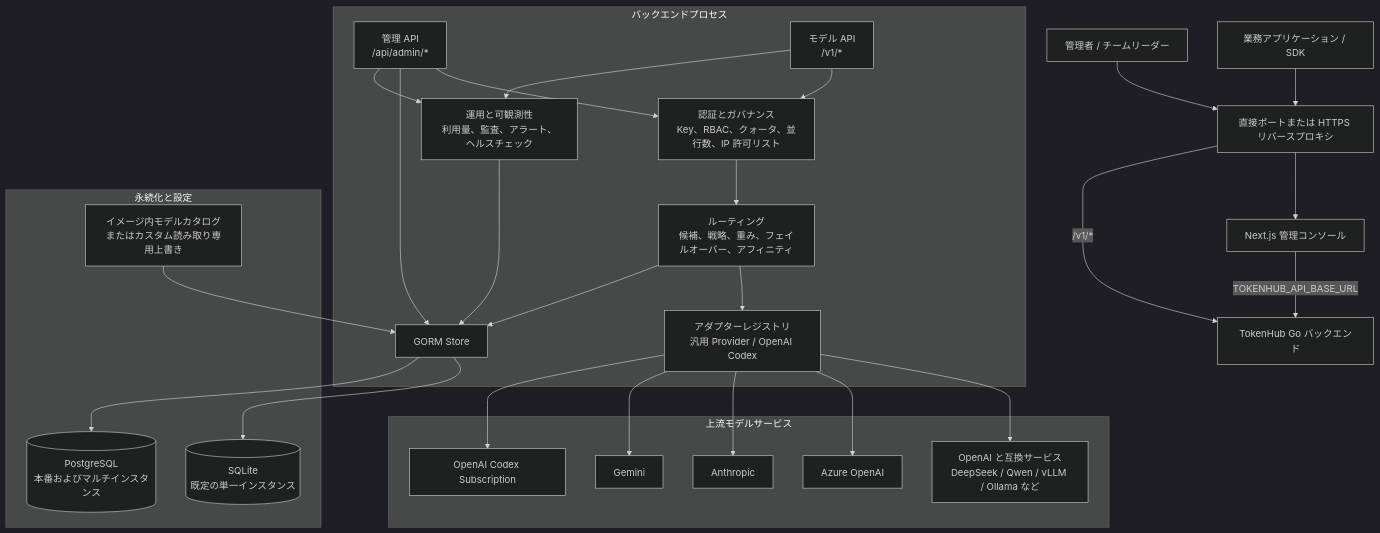
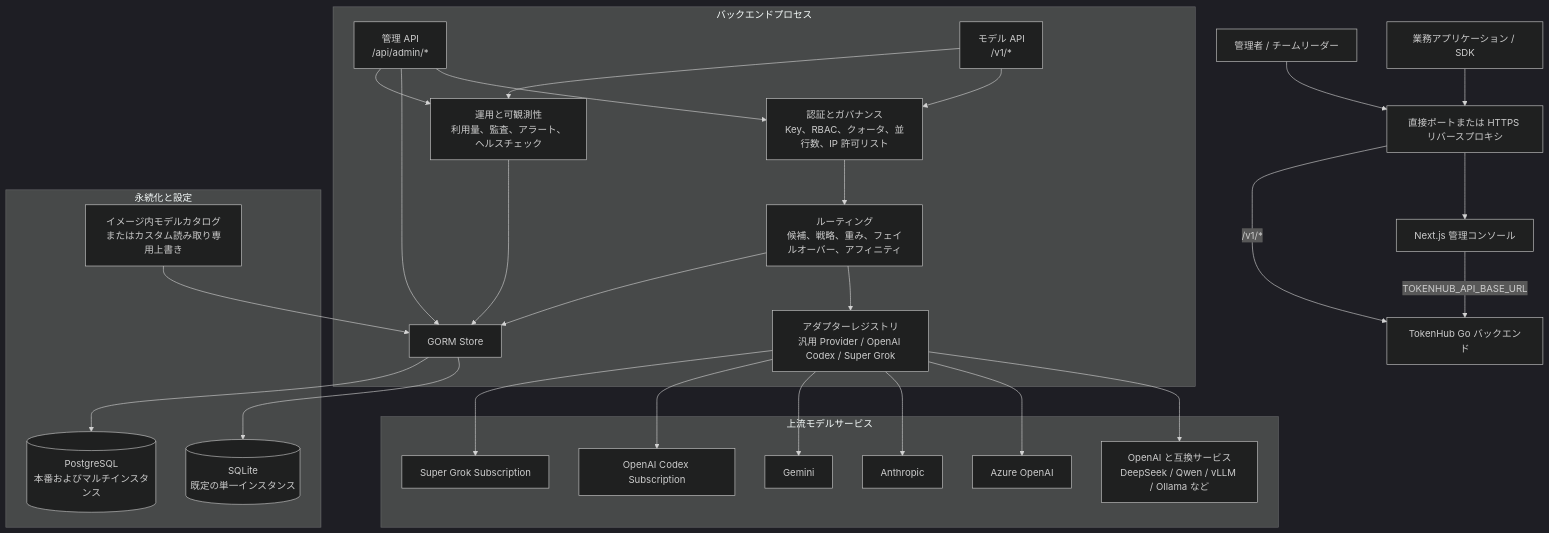
One commit to astaxie/TokenHub changed the first of 3 diagrams in docs/ja/architecture.md. Above: the diagram before and after it, drawn with Mermaid (dark theme). The commit also changed other lines of this file and 49 other files, not shown here.

First line of the commit message:
feat: add Super Grok subscription provider

````diff
--- a/docs/ja/architecture.md
+++ b/docs/ja/architecture.md
@@ -11,51 +11,53 @@
 ```mermaid
 flowchart TB
     admin["管理者 / チームリーダー"]
     app["業務アプリケーション / SDK"]
     ingress["直接ポートまたは HTTPS リバースプロキシ"]
     frontend["Next.js 管理コンソール"]
     backend["TokenHub Go バックエンド"]
 
     subgraph backendProcess["バックエンドプロセス"]
         adminApi["管理 API\n/api/admin/*"]
         modelApi["モデル API\n/v1/*"]
         governance["認証とガバナンス\nKey、RBAC、クォータ、並行数、IP 許可リスト"]
         routing["ルーティング\n候補、戦略、重み、フェイルオーバー、アフィニティ"]
-        adapters["アダプターレジストリ\n汎用 Provider / OpenAI Codex"]
+        adapters["アダプターレジストリ\n汎用 Provider / OpenAI Codex / Super Grok"]
         operations["運用と可観測性\n利用量、監査、アラート、ヘルスチェック"]
         store["GORM Store"]
 
         adminApi --> governance
         adminApi --> store
         modelApi --> governance --> routing --> adapters
         modelApi --> operations --> store
         adminApi --> operations
         routing --> store
     end
 
     subgraph persistence["永続化と設定"]
         sqlite[("SQLite\n既定の単一インスタンス")]
         postgres[("PostgreSQL\n本番およびマルチインスタンス")]
         catalog["イメージ内モデルカタログ\nまたはカスタム読み取り専用上書き"]
     end
 
     subgraph upstream["上流モデルサービス"]
         compatible["OpenAI と互換サービス\nDeepSeek / Qwen / vLLM / Ollama など"]
         azure["Azure OpenAI"]
         anthropic["Anthropic"]
         gemini["Gemini"]
         codex["OpenAI Codex Subscription"]
+        grok["Super Grok Subscription"]
     end
 
     admin --> ingress --> frontend
     frontend -->|"TOKENHUB_API_BASE_URL"| backend
     app --> ingress -->|"/v1/*"| backend
     adapters --> compatible
     adapters --> azure
     adapters --> anthropic
     adapters --> gemini
     adapters --> codex
+    adapters --> grok
     store --> sqlite
     store --> postgres
     catalog --> store
 ```
````
